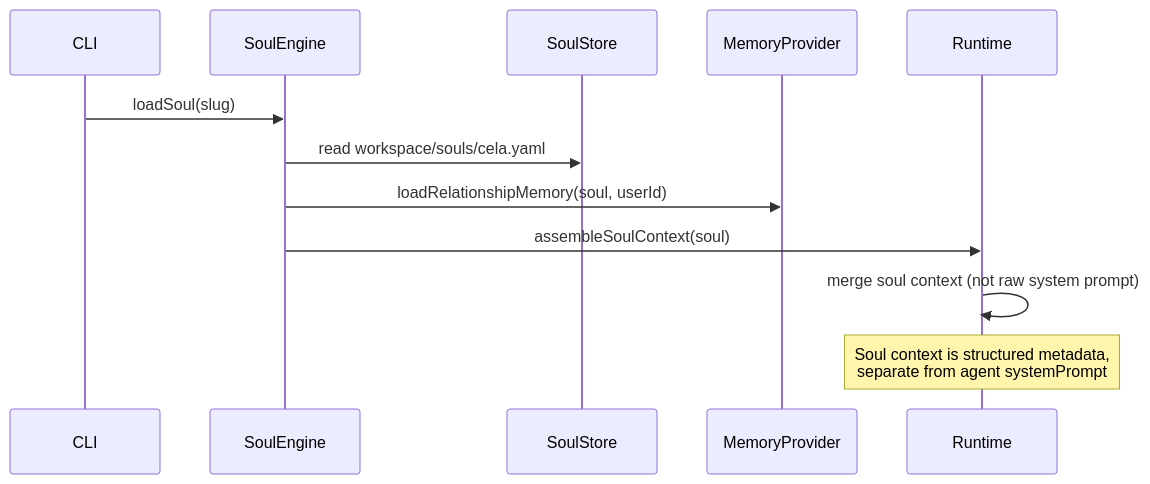
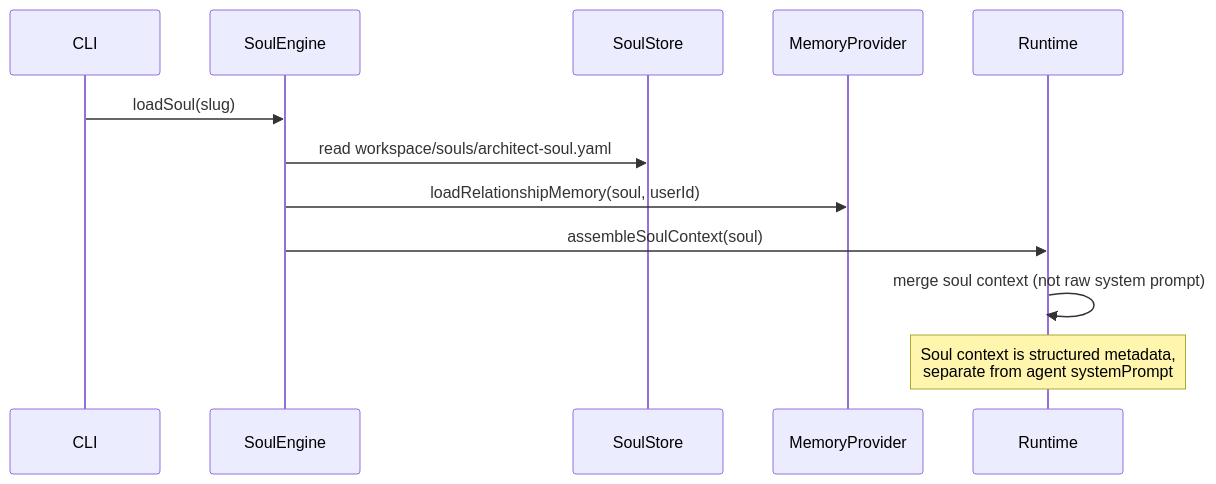
Before and after one commit to viantonugroho11/Anvio: the second of 2 diagrams in docs/25-soul-system.md, drawn with Mermaid. The commit also changed other lines of this file and 4 other files, not shown here.

First line of the commit message:
docs: replace personal soul names with technical Architect Soul examples

````diff
--- a/docs/25-soul-system.md
+++ b/docs/25-soul-system.md
@@ -91,15 +91,15 @@
 ```mermaid
 sequenceDiagram
   participant CLI
   participant SoulEngine
   participant SoulStore
   participant MemoryProvider
   participant Runtime
 
   CLI->>SoulEngine: loadSoul(slug)
-  SoulEngine->>SoulStore: read workspace/souls/cela.yaml
+  SoulEngine->>SoulStore: read workspace/souls/architect-soul.yaml
   SoulEngine->>MemoryProvider: loadRelationshipMemory(soul, userId)
   SoulEngine->>Runtime: assembleSoulContext(soul)
   Runtime->>Runtime: merge soul context (not raw system prompt)
   Note over Runtime: Soul context is structured metadata,<br/>separate from agent systemPrompt
 ```
````
